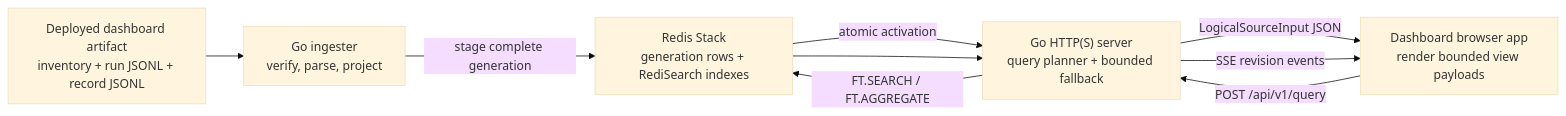
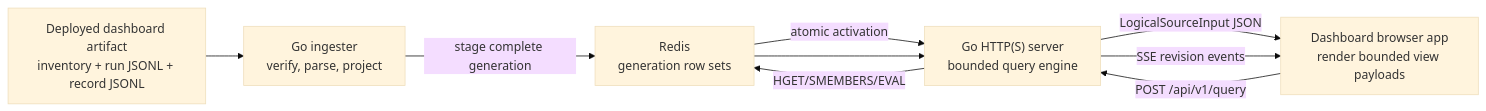
The first of 2 diagrams in server/README.md (githubnext/gh-aw-cao), drawn with Mermaid (base theme) before and after one commit. The commit also changed other lines of this file and 22 other files, not shown here.

First line of the commit message:
Drop RediSearch from the server projection

````diff
--- a/server/README.md
+++ b/server/README.md
@@ -48,17 +48,17 @@
 ```mermaid
 flowchart LR
   Artifact["Deployed dashboard artifact<br/>inventory + run JSONL + record JSONL"]
   Ingest["Go ingester<br/>verify, parse, project"]
-  Redis["Redis Stack<br/>generation rows + RediSearch indexes"]
-  API["Go HTTP(S) server<br/>query planner + bounded fallback"]
+  Redis["Redis<br/>generation row sets"]
+  API["Go HTTP(S) server<br/>bounded query engine"]
   Browser["Dashboard browser app<br/>render bounded view payloads"]
 
   Artifact --> Ingest
   Ingest -->|"stage complete generation"| Redis
   Redis -->|"atomic activation"| API
   Browser -->|"POST /api/v1/query"| API
-  API -->|"FT.SEARCH / FT.AGGREGATE"| Redis
+  API -->|"HGET/SMEMBERS/EVAL"| Redis
   Redis --> API
   API -->|"LogicalSourceInput JSON"| Browser
   API -->|"SSE revision events"| Browser
 ```
````
